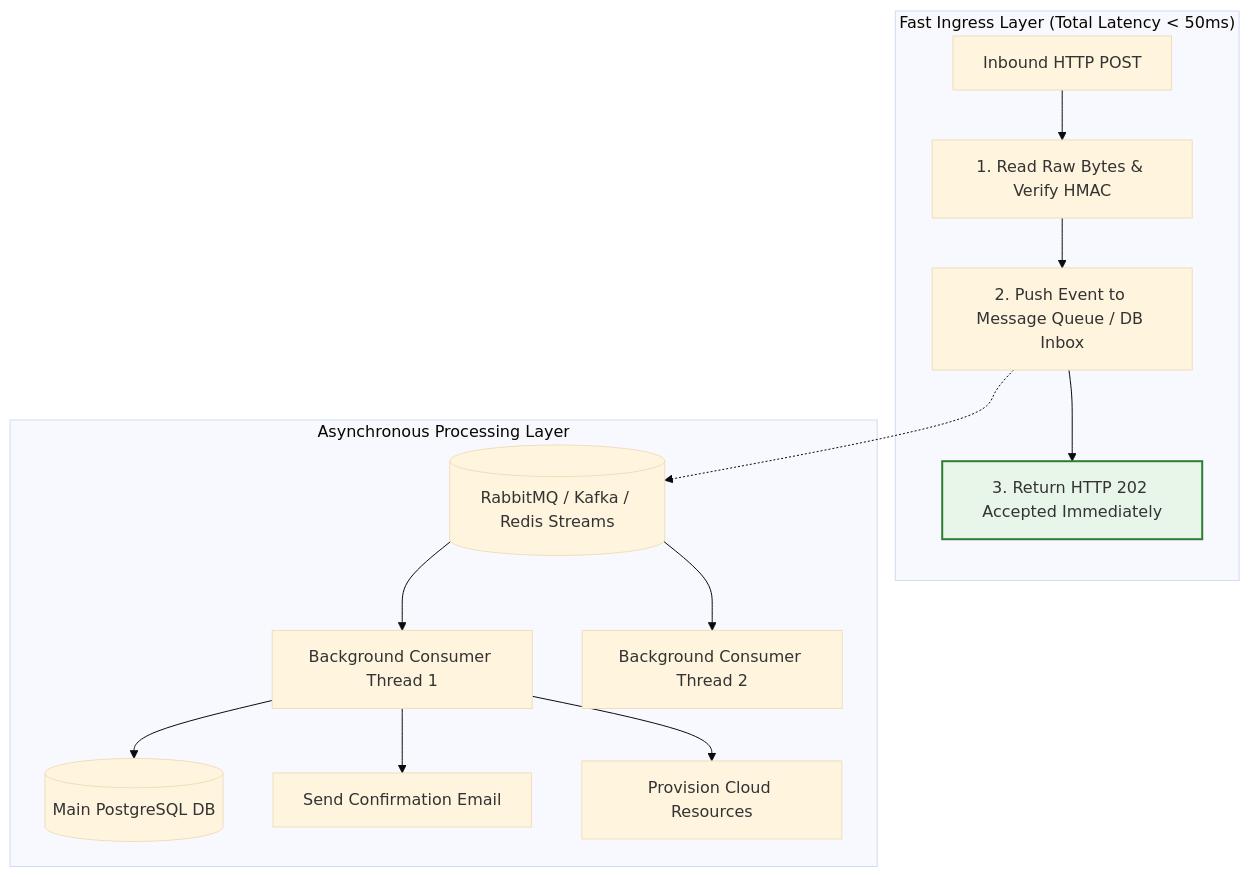
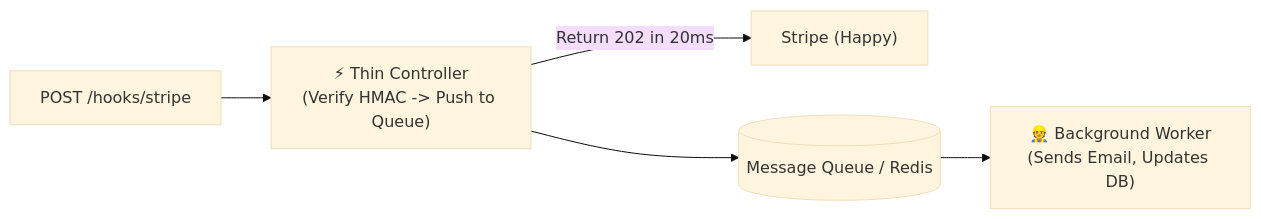
The eighth of 10 diagrams in 07-Backend-Engineering/Webhooks.md (rohithgowda18/Notes), drawn with Mermaid (base theme) before and after one commit. The commit also changed other lines of this file, not shown here.

````diff
--- a/07-Backend-Engineering/Webhooks.md
+++ b/07-Backend-Engineering/Webhooks.md
@@ -474,19 +310,7 @@
 ```mermaid
-flowchart TD
-    subgraph IngressLayer ["Fast Ingress Layer (Total Latency < 50ms)"]
-        Inbound["Inbound HTTP POST"] --> HMAC["1. Read Raw Bytes & Verify HMAC"]
-        HMAC --> SaveQueue["2. Push Event to Message Queue / DB Inbox"]
-        SaveQueue --> Return202["3. Return HTTP 202 Accepted Immediately"]
-    end
-
-    subgraph AsyncWorkerLayer ["Asynchronous Processing Layer"]
-        SaveQueue -.-> MQ[(RabbitMQ / Kafka / Redis Streams)]
-        MQ --> Worker1["Background Consumer Thread 1"]
-        MQ --> Worker2["Background Consumer Thread 2"]
-        Worker1 --> DB[(Main PostgreSQL DB)]
-        Worker1 --> Email["Send Confirmation Email"]
-        Worker1 --> Provision["Provision Cloud Resources"]
-    end
-
-    style Return202 fill:#e8f5e9,stroke:#2e7d32,stroke-width:2px;
+flowchart LR
+    Inbound["POST /hooks/stripe"] --> Ingress["⚡ Thin Controller<br>(Verify HMAC -> Push to Queue)"]
+    Ingress -- "Return 202 in 20ms" --> Stripe["Stripe (Happy)"]
+    Ingress --> Queue[(Message Queue / Redis)]
+    Queue --> Worker["👷 Background Worker<br>(Sends Email, Updates DB)"]
 ```
````
